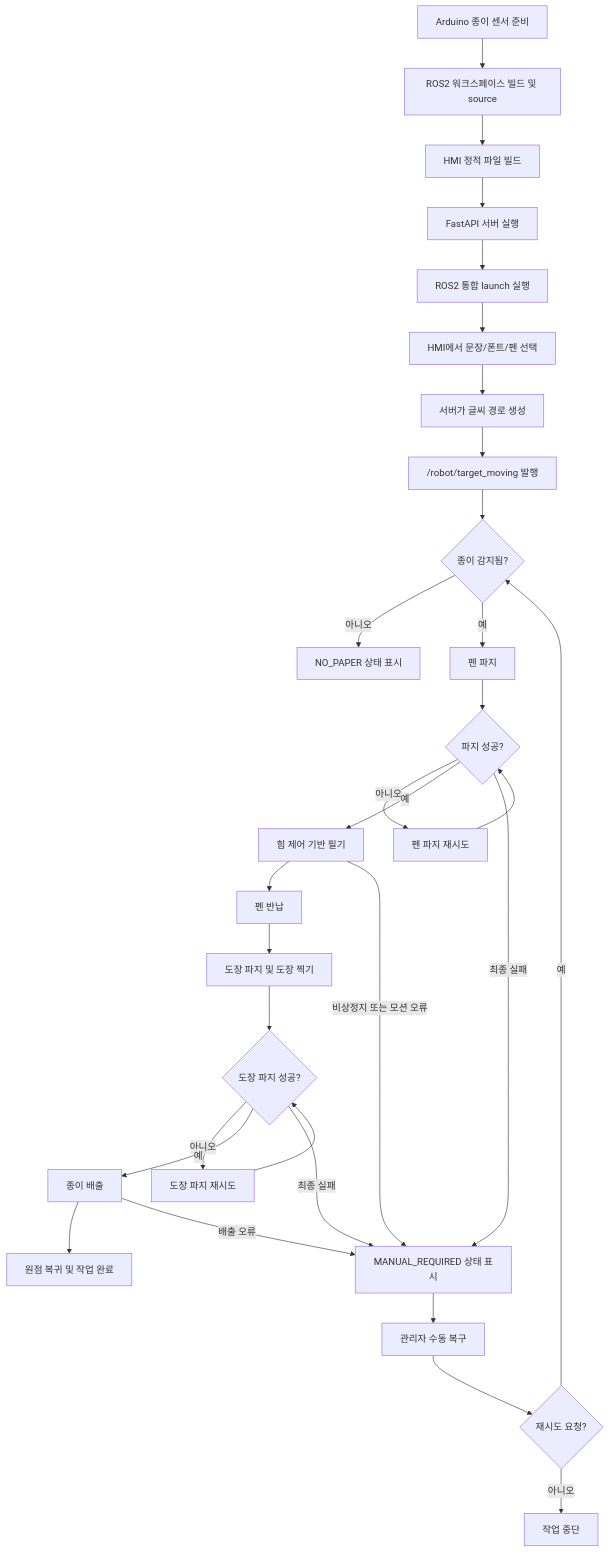
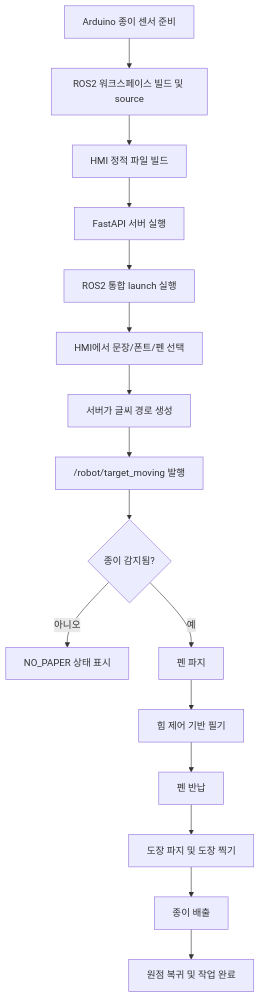
The second of 3 diagrams in README.md (habin-k/robot-arm-writing), drawn with Mermaid before and after one commit. The commit also changed other lines of this file, not shown here.

Commit message:
README 업데이트

````diff
--- a/README.md
+++ b/README.md
@@ -38,33 +38,18 @@
 ```mermaid
 flowchart TD
     A[Arduino 종이 센서 준비] --> B[ROS2 워크스페이스 빌드 및 source]
     B --> C[HMI 정적 파일 빌드]
     C --> D[FastAPI 서버 실행]
     D --> E[ROS2 통합 launch 실행]
     E --> F[HMI에서 문장/폰트/펜 선택]
     F --> G[서버가 글씨 경로 생성]
     G --> H["/robot/target_moving 발행"]
     H --> I{"종이 감지됨?"}
     I -- 아니오 --> J[NO_PAPER 상태 표시]
     I -- 예 --> K[펜 파지]
-    K --> K1{"파지 성공?"}
-    K1 -- 아니오 --> K2[펜 파지 재시도]
-    K2 --> K1
-    K1 -- 예 --> L[힘 제어 기반 필기]
+    K --> L[힘 제어 기반 필기]
     L --> M[펜 반납]
     M --> N[도장 파지 및 도장 찍기]
-    N --> N1{"도장 파지 성공?"}
-    N1 -- 아니오 --> N2[도장 파지 재시도]
-    N2 --> N1
-    N1 -- 예 --> O[종이 배출]
+    N --> O[종이 배출]
     O --> P[원점 복귀 및 작업 완료]
-
-    K1 -- 최종 실패 --> Q[MANUAL_REQUIRED 상태 표시]
-    N1 -- 최종 실패 --> Q
-    L -- 비상정지 또는 모션 오류 --> Q
-    O -- 배출 오류 --> Q
-    Q --> R[관리자 수동 복구]
-    R --> S{"재시도 요청?"}
-    S -- 예 --> I
-    S -- 아니오 --> T[작업 중단]
 ```
````
